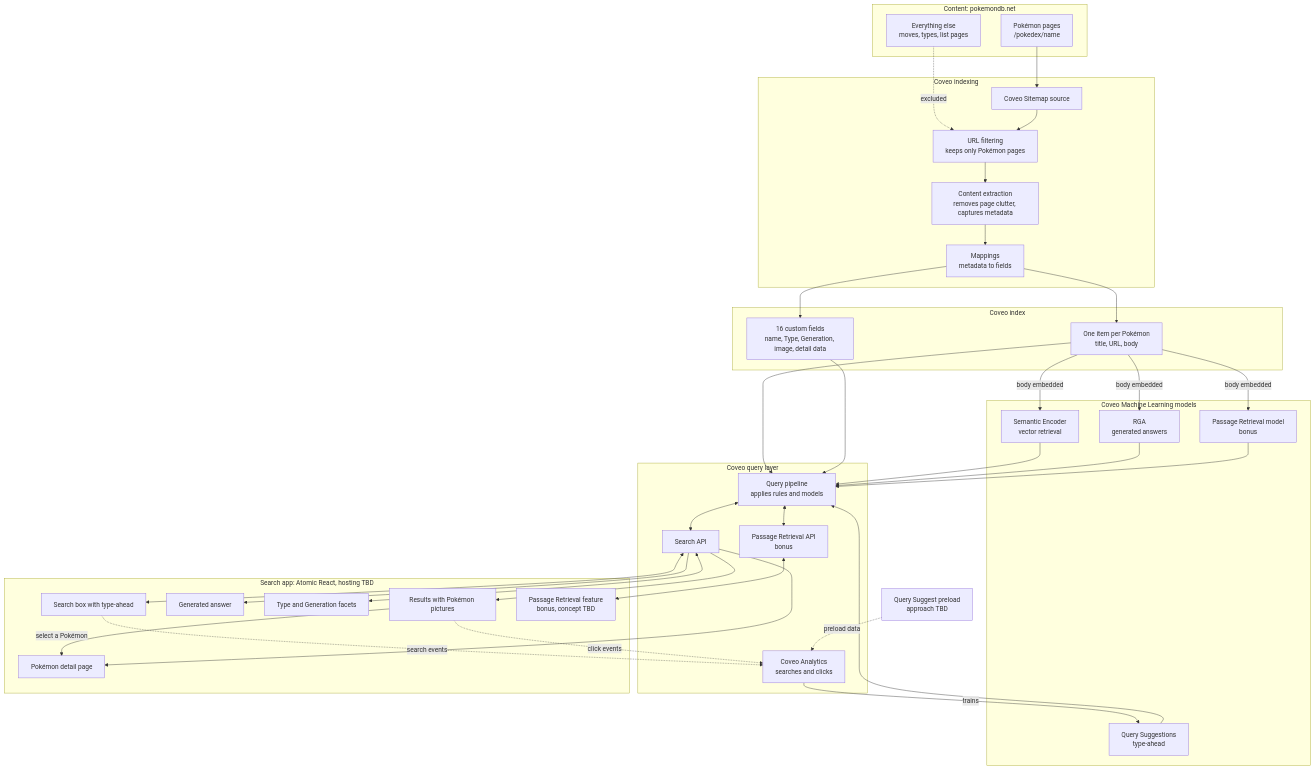
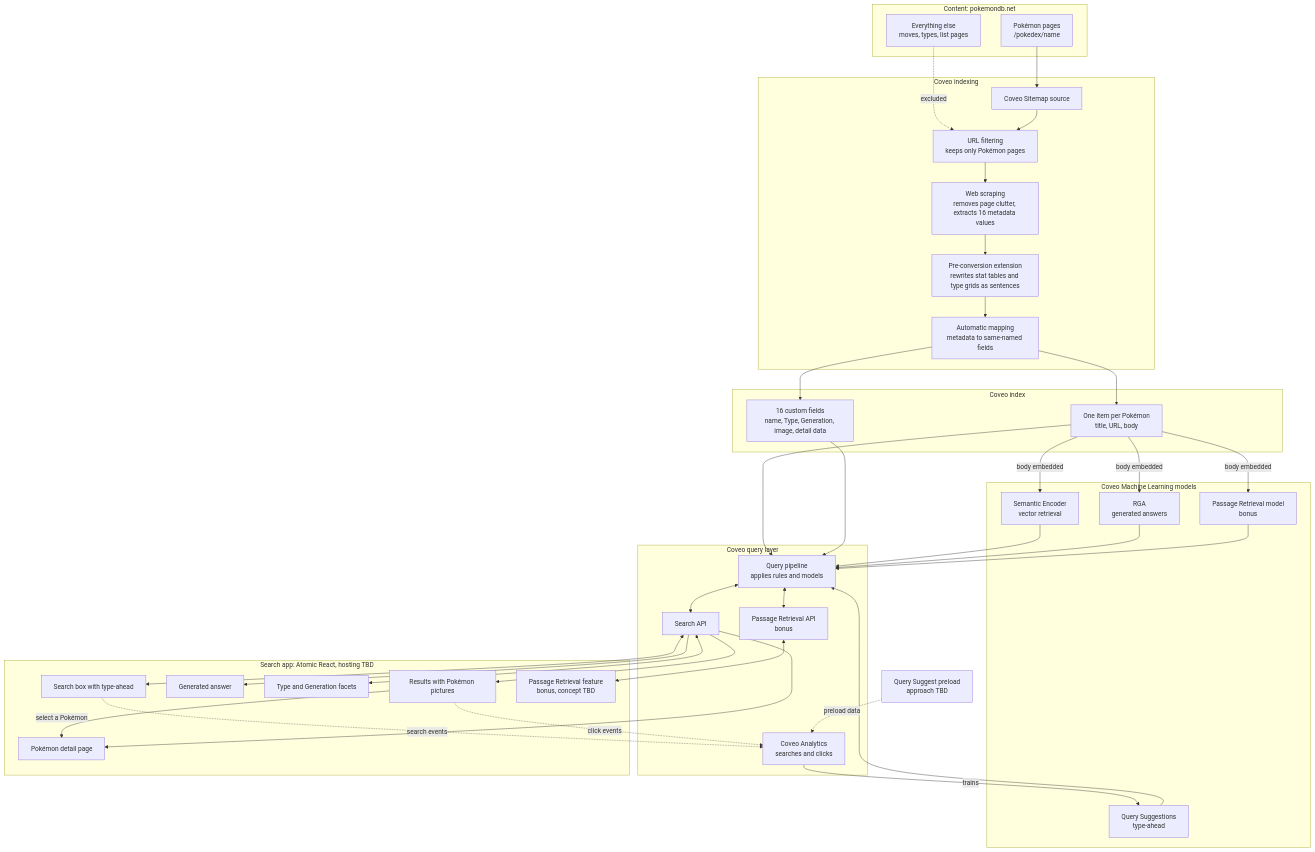
Before and after one commit to ksek87/pokebowl-cove: the diagram in docs/architecture.md, drawn with Mermaid. The commit also changed other lines of this file and 6 other files, not shown here.

Commit message:
Reconcile architecture, README and Coveo configuration records

````diff
--- a/docs/architecture.md
+++ b/docs/architecture.md
@@ -7,79 +7,81 @@
 ```mermaid
 flowchart TD
     subgraph CONTENT["Content: pokemondb.net"]
         PAGES["Pokémon pages<br/>/pokedex/name"]
         OTHER["Everything else<br/>moves, types, list pages"]
     end
 
     subgraph INGEST["Coveo indexing"]
         SOURCE["Coveo Sitemap source"]
         FILTERS["URL filtering<br/>keeps only Pokémon pages"]
-        SCRAPE["Content extraction<br/>removes page clutter, captures metadata"]
-        MAP["Mappings<br/>metadata to fields"]
+        SCRAPE["Web scraping<br/>removes page clutter, extracts 16 metadata values"]
+        EXT["Pre-conversion extension<br/>rewrites stat tables and type grids as sentences"]
+        MAP["Automatic mapping<br/>metadata to same-named fields"]
     end
 
     subgraph INDEX["Coveo index"]
         ITEMS["One item per Pokémon<br/>title, URL, body"]
         FIELDS["16 custom fields<br/>name, Type, Generation, image, detail data"]
     end
 
     subgraph ML["Coveo Machine Learning models"]
         SE["Semantic Encoder<br/>vector retrieval"]
         RGA["RGA<br/>generated answers"]
         QS["Query Suggestions<br/>type-ahead"]
         CPR["Passage Retrieval model<br/>bonus"]
     end
 
     subgraph QUERY["Coveo query layer"]
         PIPELINE["Query pipeline<br/>applies rules and models"]
         SEARCHAPI["Search API"]
         PRAPI["Passage Retrieval API<br/>bonus"]
         ANALYTICS["Coveo Analytics<br/>searches and clicks"]
     end
 
     subgraph APP["Search app: Atomic React, hosting TBD"]
         BOX["Search box with type-ahead"]
         ANSWER["Generated answer"]
         FACETS["Type and Generation facets"]
         RESULTS["Results with Pokémon pictures"]
         DETAIL["Pokémon detail page"]
         BONUS["Passage Retrieval feature<br/>bonus, concept TBD"]
     end
 
     SEED["Query Suggest preload<br/>approach TBD"]
 
     PAGES --> SOURCE
     OTHER -. "excluded" .-> FILTERS
     SOURCE --> FILTERS
     FILTERS --> SCRAPE
-    SCRAPE --> MAP
+    SCRAPE --> EXT
+    EXT --> MAP
     MAP --> ITEMS
     MAP --> FIELDS
 
     ITEMS -->|"body embedded"| SE
     ITEMS -->|"body embedded"| RGA
     ITEMS -->|"body embedded"| CPR
 
     SE --> PIPELINE
     RGA --> PIPELINE
     QS --> PIPELINE
     CPR --> PIPELINE
 
     ITEMS --> PIPELINE
     FIELDS --> PIPELINE
     PIPELINE <--> SEARCHAPI
     PIPELINE <--> PRAPI
 
     SEARCHAPI <--> BOX
     SEARCHAPI --> ANSWER
     SEARCHAPI <--> FACETS
     SEARCHAPI --> RESULTS
     SEARCHAPI --> DETAIL
     RESULTS -->|"select a Pokémon"| DETAIL
     PRAPI <--> BONUS
 
     BOX -. "search events" .-> ANALYTICS
     RESULTS -. "click events" .-> ANALYTICS
     SEED -. "preload data" .-> ANALYTICS
     ANALYTICS -->|"trains"| QS
 ```
````
